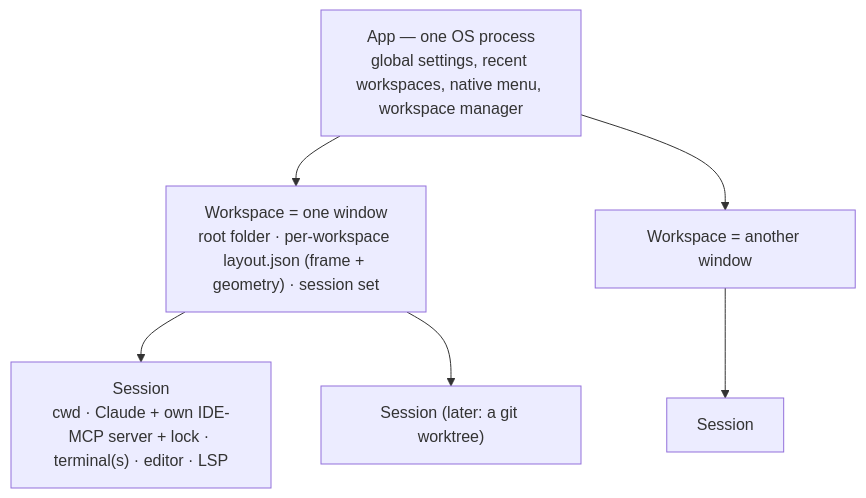
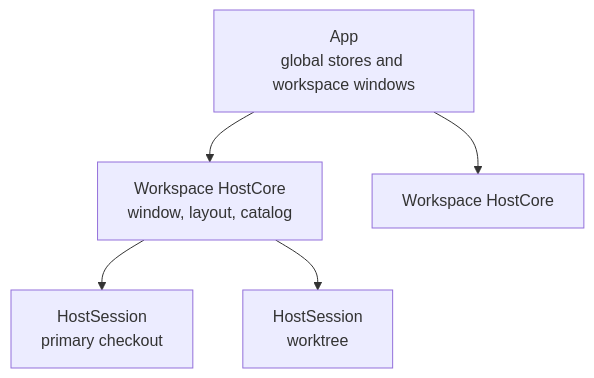
The diagram in docs/specs/file-management-and-sessions.md (Kapps/weavie), drawn with Mermaid before and after one commit. The commit also changed other lines of this file and 302 other files, not shown here.

````diff
--- a/docs/specs/file-management-and-sessions.md
+++ b/docs/specs/file-management-and-sessions.md
@@ -17,9 +7,8 @@
 ```mermaid
 graph TD
-  App["App — one OS process<br/>global settings, recent workspaces, native menu, workspace manager"]
-  App --> W1["Workspace = one window<br/>root folder · per-workspace layout.json (frame + geometry) · session set"]
-  App --> W2["Workspace = another window"]
-  W1 --> S1["Session<br/>cwd · Claude + own IDE-MCP server + lock · terminal(s) · editor · LSP"]
-  W1 --> S2["Session (later: a git worktree)"]
-  W2 --> S3["Session"]
+    A["App<br/>global stores and workspace windows"]
+    A --> W1["Workspace HostCore<br/>window, layout, catalog"]
+    A --> W2["Workspace HostCore"]
+    W1 --> S1["HostSession<br/>primary checkout"]
+    W1 --> S2["HostSession<br/>worktree"]
 ```
````
